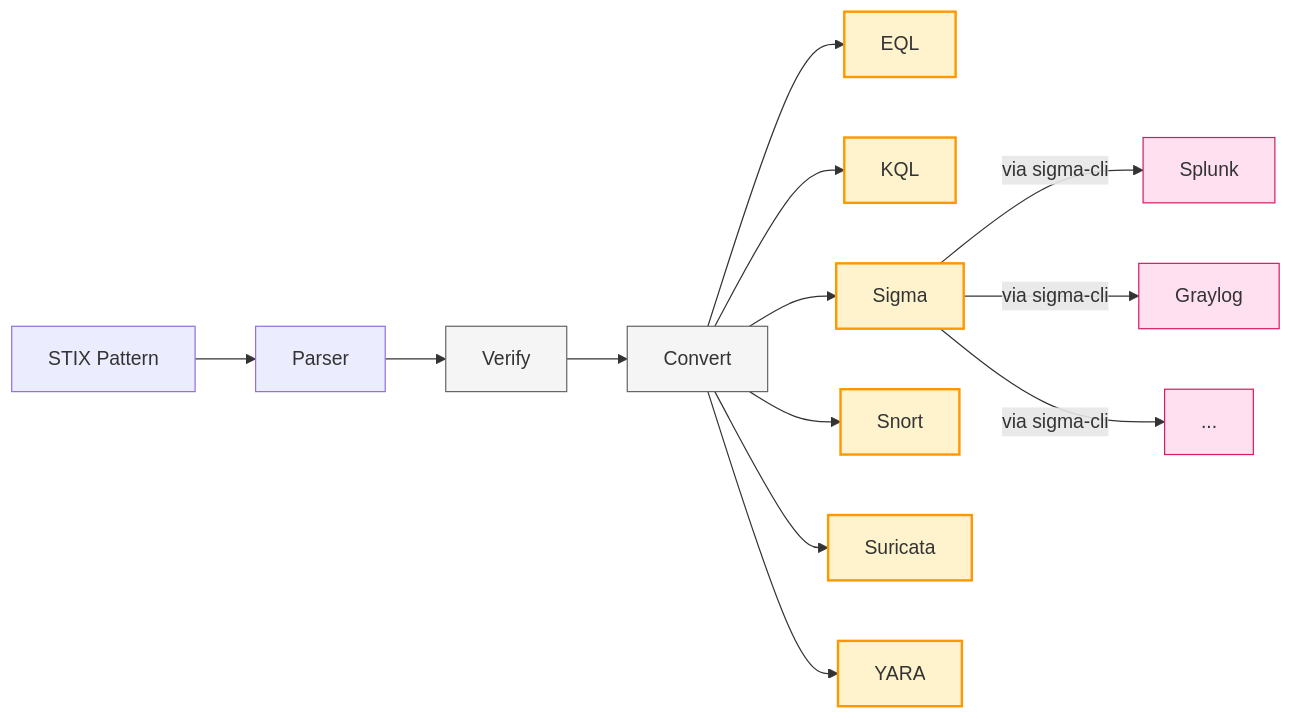
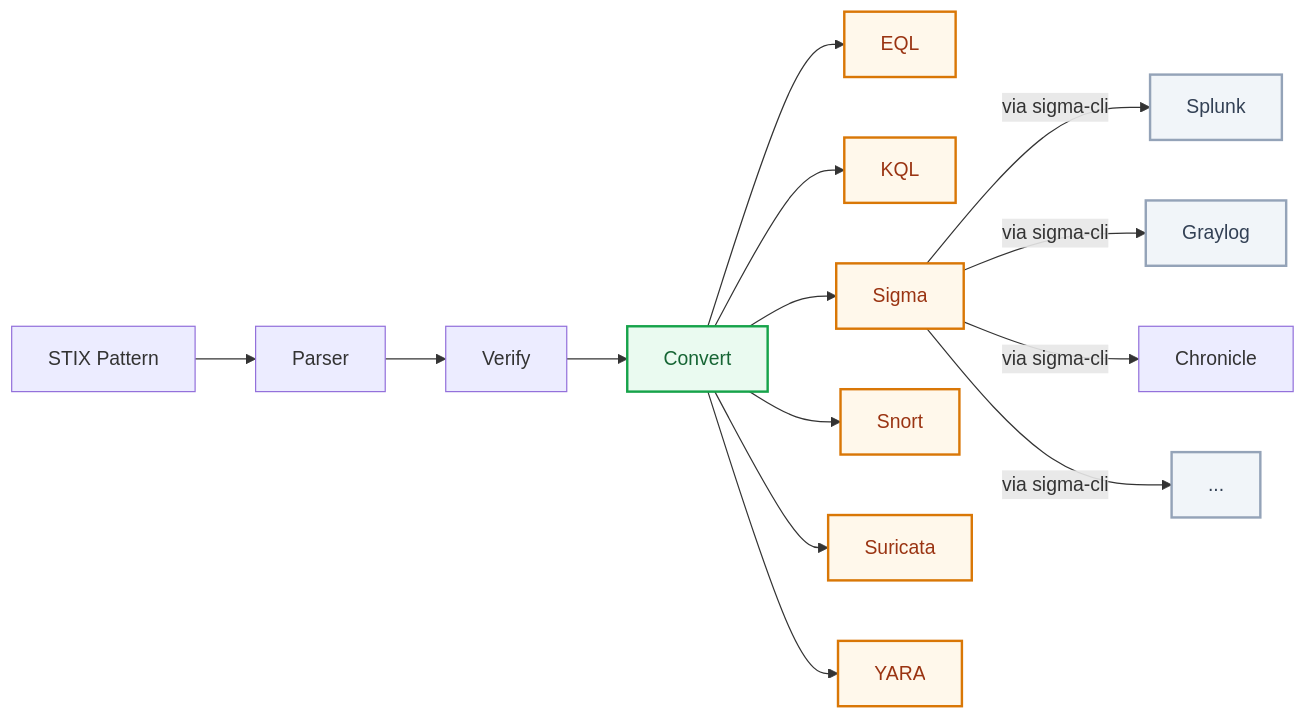
Before and after one commit to febrezo/spuc: the first of 2 diagrams in README.md, drawn with Mermaid.

Commit message:
Fix README.md palette

````diff
--- a/README.md
+++ b/README.md
@@ -5,24 +5,25 @@
 ```mermaid
 flowchart LR
   A[STIX Pattern] --> B[Parser]
-  B --> C[Verify]
-  C --> E[Convert]
+  B --> D[Verify]
+  D --> E[Convert]
   E --> F[EQL]
   E --> G[KQL]
   E --> H[Sigma]
   E --> I[Snort]
   E --> J[Suricata]
   E --> K[YARA]
   H -->|via sigma-cli| L[Splunk]
   H -->|via sigma-cli| M[Graylog]
+  H -->|via sigma-cli| N[Chronicle]
   H -->|via sigma-cli| Z[...]
 
-  classDef stix fill:#e8f4ff,stroke:#1f6feb,stroke-width:2px
-  classDef command fill:#f5f5f5,stroke:#666
-  classDef targets fill:#fff3cd,stroke:#ff9800,stroke-width:2px
-  classDef sigmaTargets fill:#ffe0f0,stroke:#d81b60
+  classDef stix fill:#edf4ff,stroke:#3b82f6,stroke-width:2px,color:#1e3a8a
+  classDef command fill:#eafaf0,stroke:#16a34a,stroke-width:2px,color:#166534
+  classDef targets fill:#fff8eb,stroke:#d97706,stroke-width:2px,color:#9a3412
+  classDef sigmaTargets fill:#f1f5f9,stroke:#94a3b8,stroke-width:2px,color:#334155
 
   class C,E command
   class F,G,H,I,J,K targets
   class L,M,Z sigmaTargets
 ```
````
